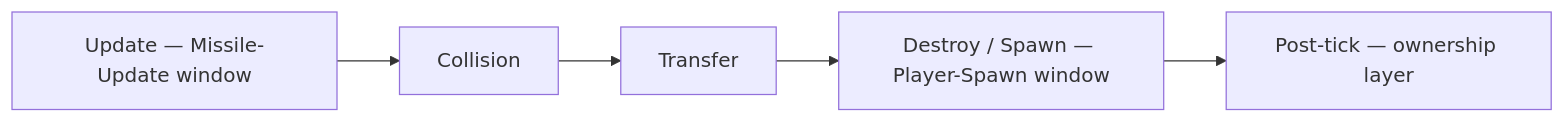
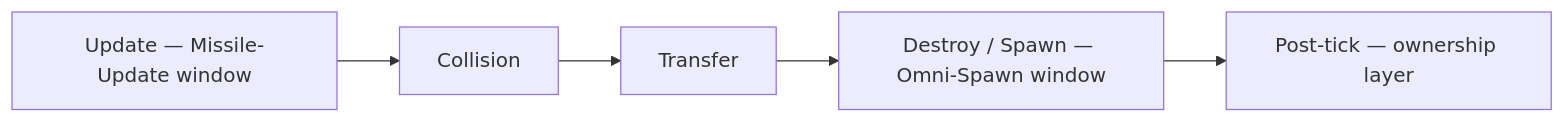
Before and after one commit to DougTanner/BrokenEngine: the second of 8 diagrams in Documents/Architecture/FrameUpdatePipeline.md, drawn with Mermaid. The commit also changed other lines of this file and 126 other files, not shown here.

First line of the commit message:
Rename the Player unit to Omni and its ownership layer to OwnedEntity

````diff
--- a/Documents/Architecture/FrameUpdatePipeline.md
+++ b/Documents/Architecture/FrameUpdatePipeline.md
@@ -48,5 +48,5 @@
 ```mermaid
 %%{init: {'theme': 'default'}}%%
 flowchart LR
-    update["Update — Missile-Update window"] --> collision["Collision"] --> transfer["Transfer"] --> destroySpawn["Destroy / Spawn — Player-Spawn window"] --> ownership["Post-tick — ownership layer"]
+    update["Update — Missile-Update window"] --> collision["Collision"] --> transfer["Transfer"] --> destroySpawn["Destroy / Spawn — Omni-Spawn window"] --> ownership["Post-tick — ownership layer"]
 ```
````
